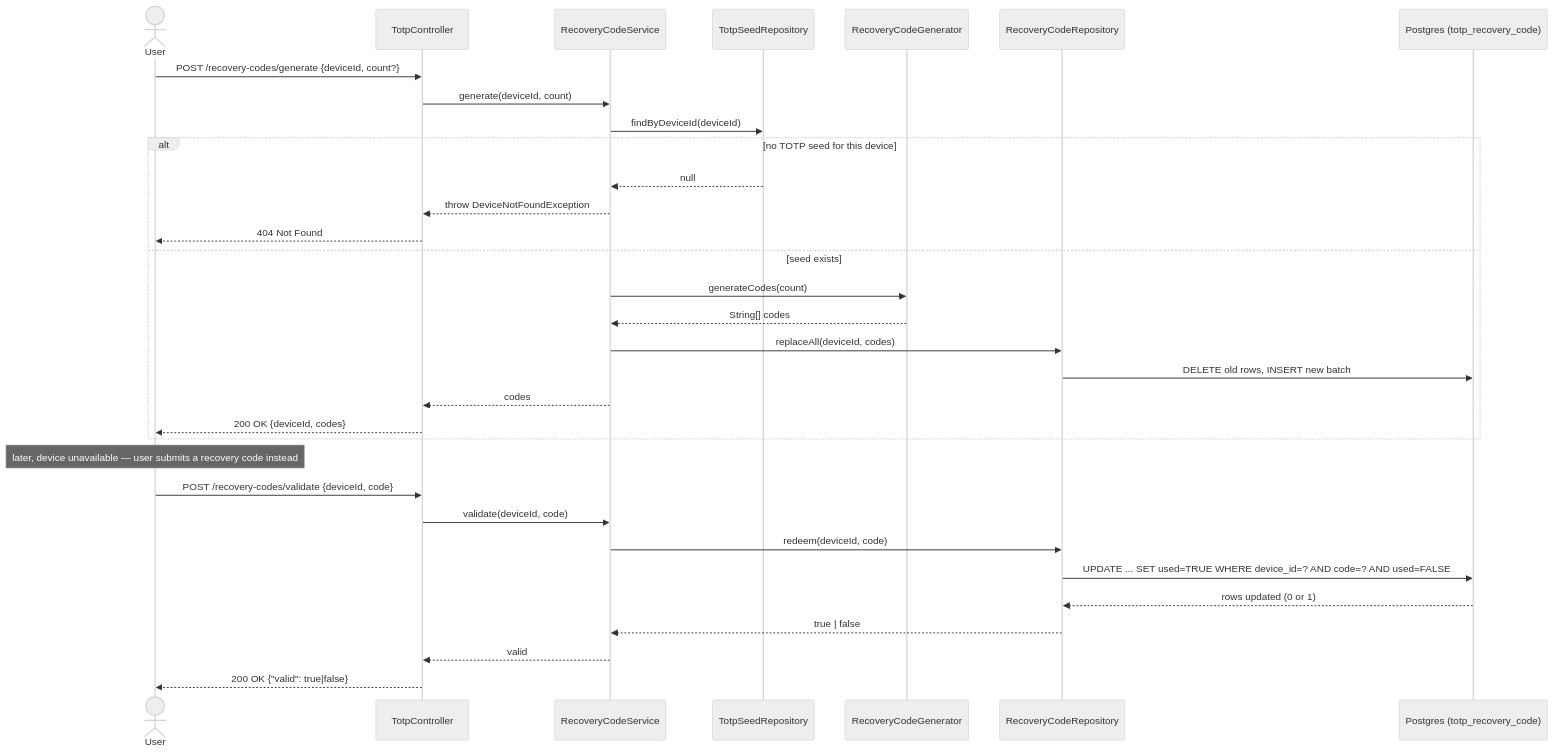
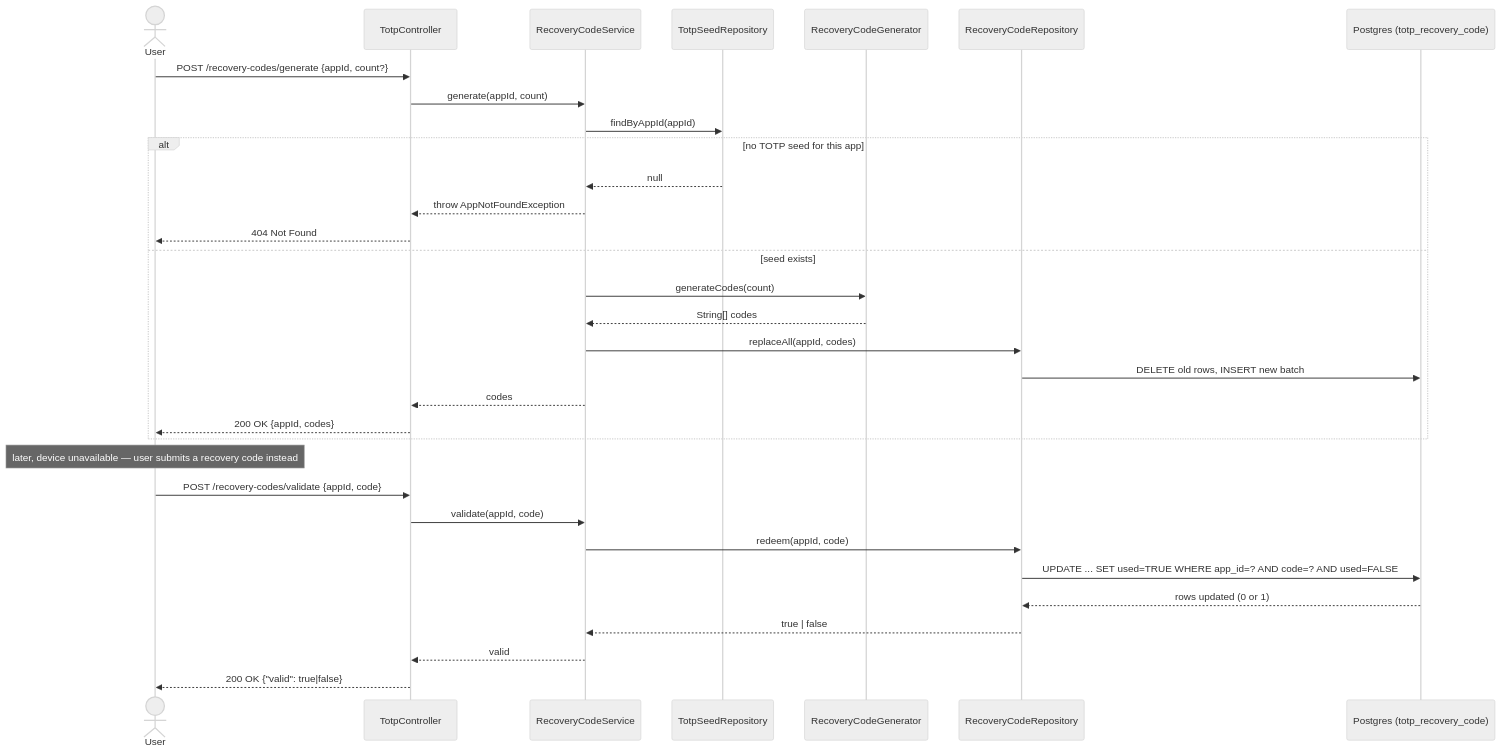
One commit to himnay/learning-totp changed the seventh of 7 diagrams in README.md. Above: the diagram before and after it, drawn with Mermaid (neutral theme). The commit also changed other lines of this file and 18 other files, not shown here.

Commit message:
add totp code and validation

````diff
--- a/README.md
+++ b/README.md
@@ -356,36 +415,36 @@
 ```mermaid
 sequenceDiagram
     actor User
     participant API as TotpController
     participant RSvc as RecoveryCodeService
     participant SeedRepo as TotpSeedRepository
     participant RCG as RecoveryCodeGenerator
     participant RRepo as RecoveryCodeRepository
     participant DB as Postgres (totp_recovery_code)
 
-    User->>API: POST /recovery-codes/generate {deviceId, count?}
-    API->>RSvc: generate(deviceId, count)
-    RSvc->>SeedRepo: findByDeviceId(deviceId)
-    alt no TOTP seed for this device
+    User->>API: POST /recovery-codes/generate {appId, count?}
+    API->>RSvc: generate(appId, count)
+    RSvc->>SeedRepo: findByAppId(appId)
+    alt no TOTP seed for this app
         SeedRepo-->>RSvc: null
-        RSvc-->>API: throw DeviceNotFoundException
+        RSvc-->>API: throw AppNotFoundException
         API-->>User: 404 Not Found
     else seed exists
         RSvc->>RCG: generateCodes(count)
         RCG-->>RSvc: String[] codes
-        RSvc->>RRepo: replaceAll(deviceId, codes)
+        RSvc->>RRepo: replaceAll(appId, codes)
         RRepo->>DB: DELETE old rows, INSERT new batch
         RSvc-->>API: codes
-        API-->>User: 200 OK {deviceId, codes}
+        API-->>User: 200 OK {appId, codes}
     end
 
     Note over User: later, device unavailable — user submits a recovery code instead
-    User->>API: POST /recovery-codes/validate {deviceId, code}
-    API->>RSvc: validate(deviceId, code)
-    RSvc->>RRepo: redeem(deviceId, code)
-    RRepo->>DB: UPDATE ... SET used=TRUE WHERE device_id=? AND code=? AND used=FALSE
+    User->>API: POST /recovery-codes/validate {appId, code}
+    API->>RSvc: validate(appId, code)
+    RSvc->>RRepo: redeem(appId, code)
+    RRepo->>DB: UPDATE ... SET used=TRUE WHERE app_id=? AND code=? AND used=FALSE
     DB-->>RRepo: rows updated (0 or 1)
     RRepo-->>RSvc: true | false
     RSvc-->>API: valid
     API-->>User: 200 OK {"valid": true|false}
 ```
````
